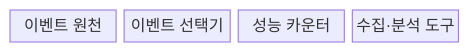
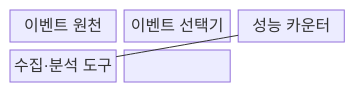
Before and after one commit to agnusdei1207/knowledge-base: the first of 2 diagrams in src/content/docs/notes/02-hardware/091_hardware_performance_counter_pmu.md, drawn with Mermaid. The commit also changed other lines of this file and 86 other files, not shown here.

````diff
--- a/src/content/docs/notes/02-hardware/091_hardware_performance_counter_pmu.md
+++ b/src/content/docs/notes/02-hardware/091_hardware_performance_counter_pmu.md
@@ -64,8 +68,10 @@
 ```mermaid
-block
-  columns 4
+block-beta
+  columns 3
   E["이벤트 원천"]
   S["이벤트 선택기"]
   C["성능 카운터"]
   T["수집·분석 도구"]
+  E --- S --- C
+  C --- T
 ```
````
